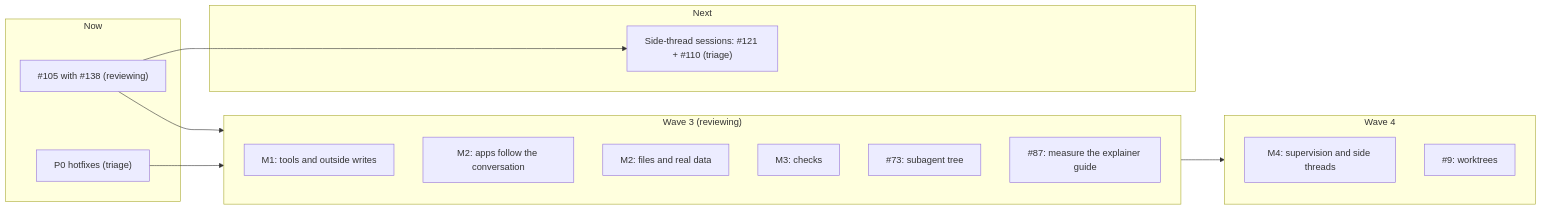
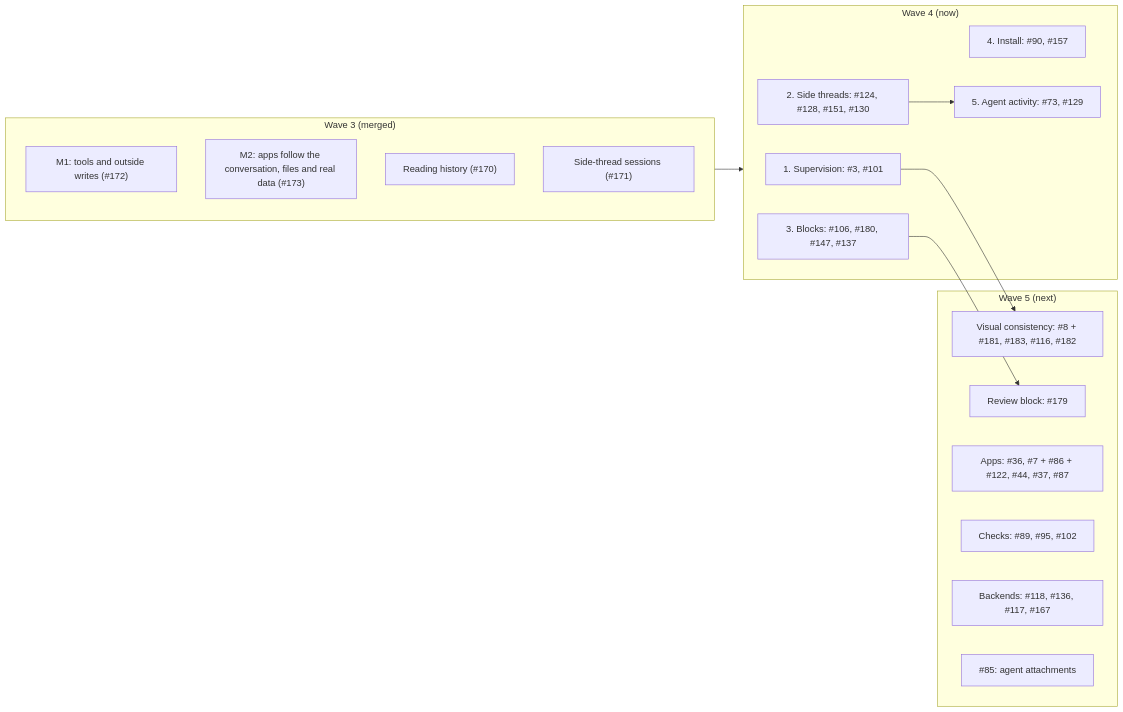
Before and after one commit to HJeon139/postbox: the diagram in designs/prompts/README.md, drawn with Mermaid. The commit also changed other lines of this file and 5 other files, not shown here.

First line of the commit message:
docs(plan): wave 4, five sessions agreed with the triage session, and wave 5's list

````diff
--- a/designs/prompts/README.md
+++ b/designs/prompts/README.md
@@ -11,26 +11,28 @@
 ```mermaid
 flowchart LR
-  subgraph now["Now"]
-    p0["P0 hotfixes (triage)"]
-    w105["#105 with #138 (reviewing)"]
+  subgraph w3["Wave 3 (merged)"]
+    m1["M1: tools and outside writes (#172)"]
+    f["M2: apps follow the conversation, files and real data (#173)"]
+    r["Reading history (#170)"]
+    s["Side-thread sessions (#171)"]
   end
-  subgraph next["Next"]
-    side["Side-thread sessions: #121 + #110 (triage)"]
+  subgraph w4["Wave 4 (now)"]
+    a["1. Supervision: #3, #101"]
+    b["2. Side threads: #124, #128, #151, #130"]
+    c["3. Blocks: #106, #180, #147, #137"]
+    d["4. Install: #90, #157"]
+    e["5. Agent activity: #73, #129"]
   end
-  subgraph w3["Wave 3 (reviewing)"]
-    m1["M1: tools and outside writes"]
-    f["M2: apps follow the conversation"]
-    l["M2: files and real data"]
-    j["M3: checks"]
-    i["#73: subagent tree"]
-    m["#87: measure the explainer guide"]
+  subgraph w5["Wave 5 (next)"]
+    v["Visual consistency: #8 + #181, #183, #116, #182"]
+    rv["Review block: #179"]
+    ap["Apps: #36, #7 + #86 + #122, #44, #37, #87"]
+    ck["Checks: #89, #95, #102"]
+    be["Backends: #118, #136, #117, #167"]
+    at["#85: agent attachments"]
   end
-  subgraph w4["Wave 4"]
-    g["M4: supervision and side threads"]
-    h["#9: worktrees"]
-  end
-  w105 --> side
-  p0 --> w3
-  w105 --> w3
   w3 --> w4
+  a --> v
+  c --> rv
+  b --> e
 ```
````
